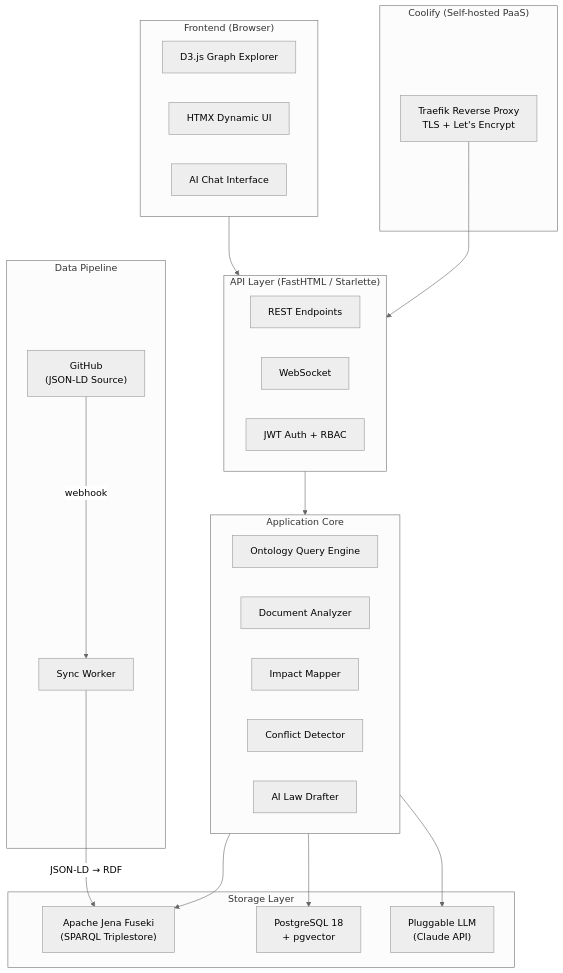
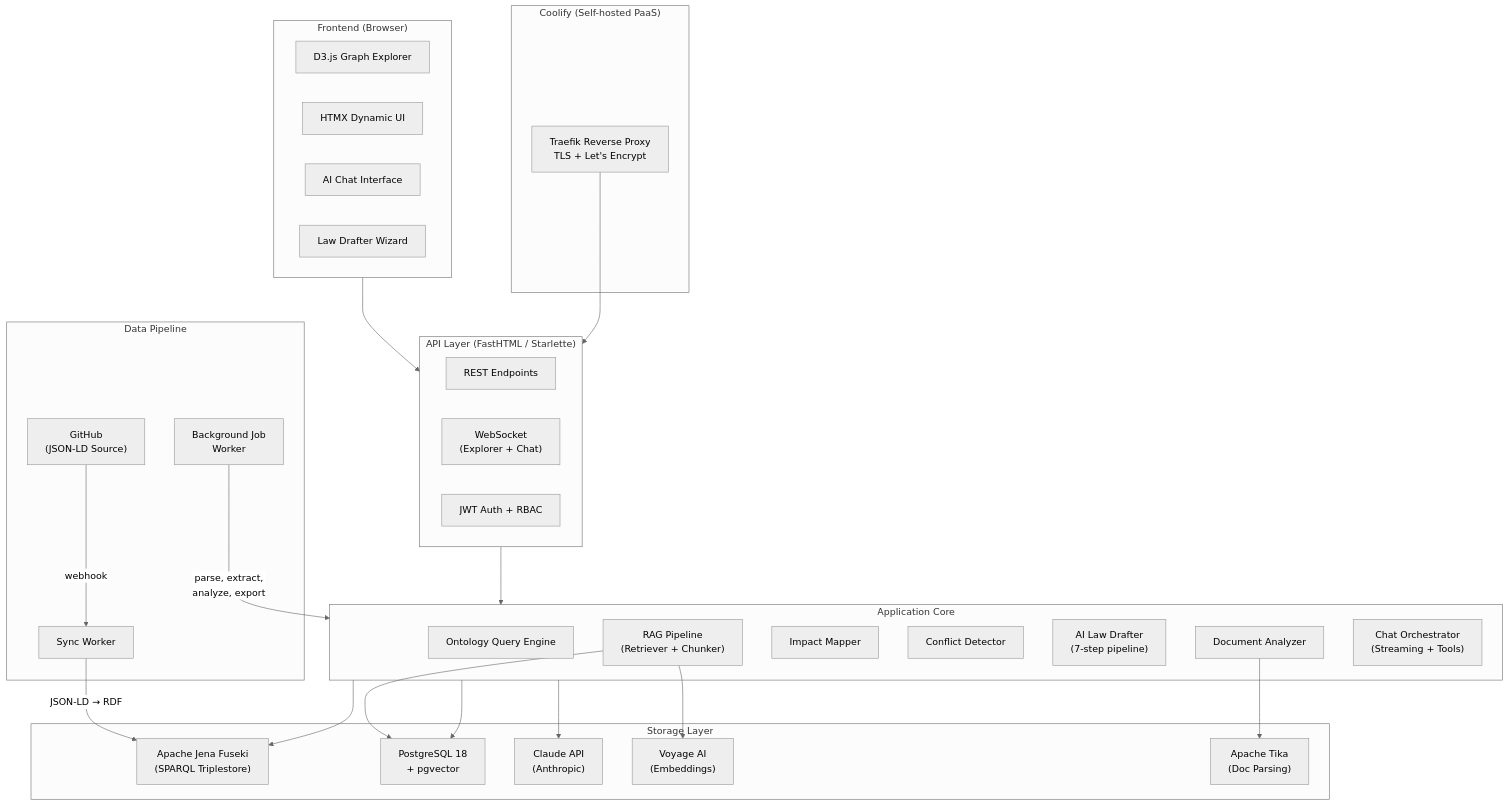
One commit to henrikaavik/Seadusloome changed the first of 6 diagrams in README.md. Above: the diagram before and after it, drawn with Mermaid (neutral theme). The commit also changed other lines of this file and 12 other files, not shown here.

````diff
--- a/README.md
+++ b/README.md
@@ -21,47 +21,57 @@
 ```mermaid
 graph TB
     subgraph Frontend["Frontend (Browser)"]
         D3["D3.js Graph Explorer"]
         HTMX["HTMX Dynamic UI"]
         Chat["AI Chat Interface"]
+        Drafter["Law Drafter Wizard"]
     end
 
     subgraph API["API Layer (FastHTML / Starlette)"]
         REST["REST Endpoints"]
-        WS["WebSocket"]
+        WS["WebSocket\n(Explorer + Chat)"]
         Auth["JWT Auth + RBAC"]
     end
 
     subgraph Core["Application Core"]
         QE["Ontology Query Engine"]
         DA["Document Analyzer"]
         IM["Impact Mapper"]
         CD["Conflict Detector"]
-        LD["AI Law Drafter"]
+        LD["AI Law Drafter\n(7-step pipeline)"]
+        RAG["RAG Pipeline\n(Retriever + Chunker)"]
+        CO["Chat Orchestrator\n(Streaming + Tools)"]
     end
 
     subgraph Storage["Storage Layer"]
         Jena["Apache Jena Fuseki\n(SPARQL Triplestore)"]
         PG["PostgreSQL 18\n+ pgvector"]
-        LLM["Pluggable LLM\n(Claude API)"]
+        LLM["Claude API\n(Anthropic)"]
+        Voyage["Voyage AI\n(Embeddings)"]
+        Tika["Apache Tika\n(Doc Parsing)"]
     end
 
     subgraph Pipeline["Data Pipeline"]
         GH["GitHub\n(JSON-LD Source)"]
         Sync["Sync Worker"]
+        BGW["Background Job\nWorker"]
     end
 
     Frontend --> API
     API --> Core
     Core --> Jena
     Core --> PG
     Core --> LLM
+    RAG --> Voyage
+    RAG --> PG
+    DA --> Tika
     GH -->|webhook| Sync
     Sync -->|"JSON-LD → RDF"| Jena
+    BGW -->|"parse, extract,\nanalyze, export"| Core
 
     subgraph Deployment["Coolify (Self-hosted PaaS)"]
         Traefik["Traefik Reverse Proxy\nTLS + Let's Encrypt"]
     end
 
     Traefik --> API
 ```
````
